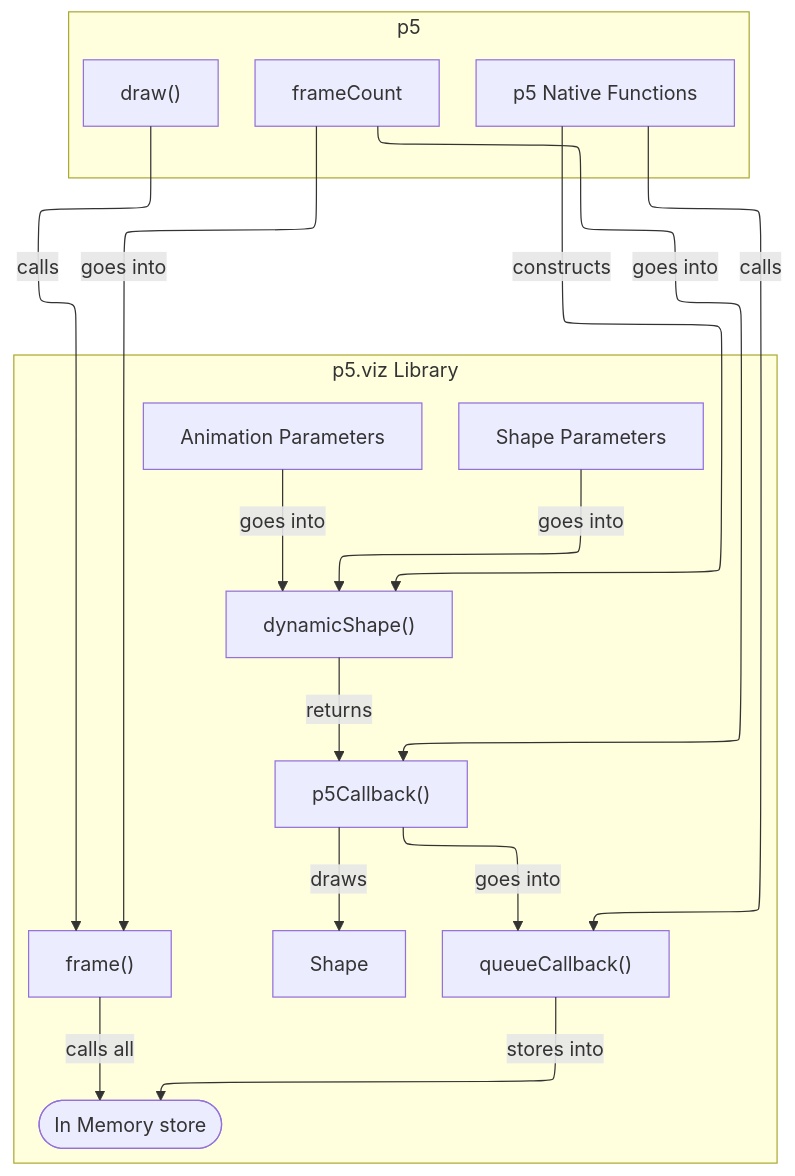
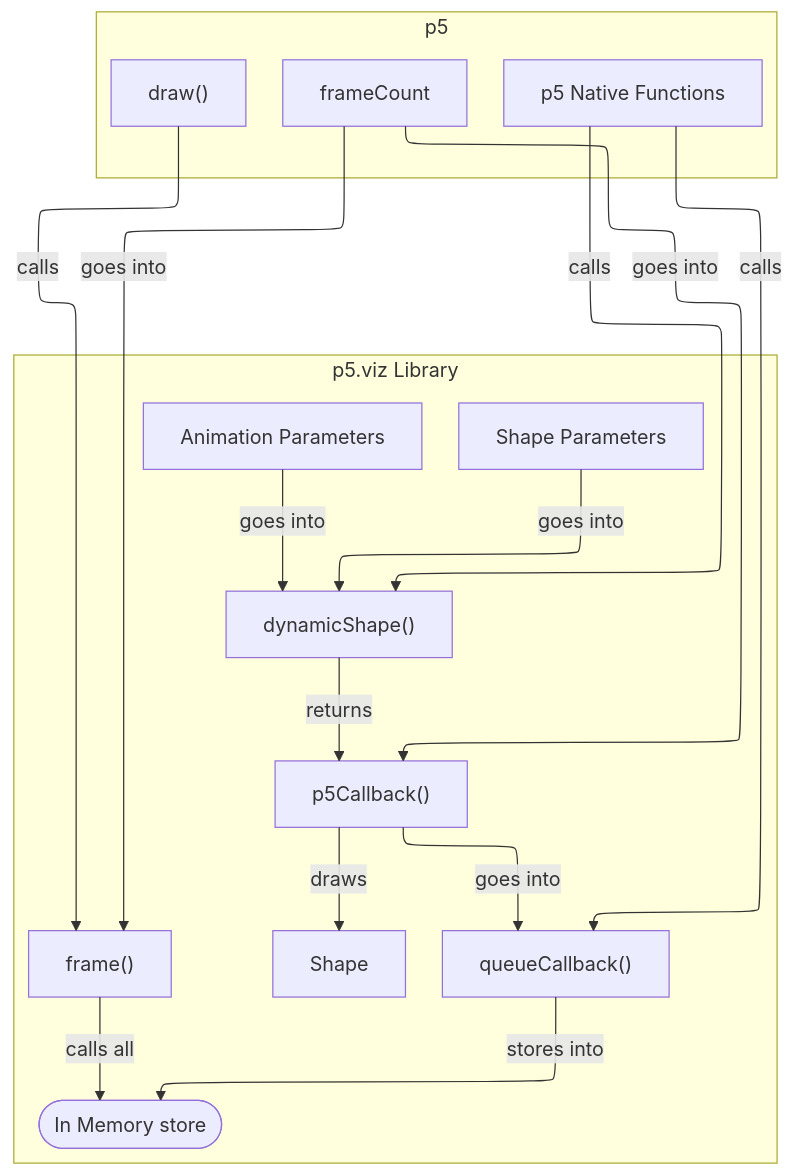
One commit to SuvabrataChowdhury/p5.viz changed the second of 2 diagrams in README.md. Above: the diagram before and after it, drawn with Mermaid. The commit also changed other lines of this file and 1 other file, not shown here.

````diff
--- a/README.md
+++ b/README.md
@@ -81,34 +81,34 @@
 ```mermaid
 ---
 config:
   layout: elk
 ---
 flowchart TB
     subgraph p5["p5"]
         direction LR
         p5NativeFn["p5 Native Functions"]
         draw["draw()"]
         frameCount["frameCount"]
     end
     subgraph s1["p5.viz Library"]
         shapeParams["Shape Parameters"]
         animationParams["Animation Parameters"]
         dynamicShape["dynamicShape()"]
         p5Callback["p5Callback()"]
         shape["Shape"]
         queueCallback["queueCallback()"]
         p5Callbacks(["In Memory store"])
         frame["frame()"]
     end
     shapeParams -- goes into --> dynamicShape
     animationParams -- goes into --> dynamicShape
     dynamicShape -- returns --> p5Callback
     frameCount -- goes into --> p5Callback & frame
     p5Callback -- draws --> shape
     p5Callback -- goes into --> queueCallback
     queueCallback -- stores into --> p5Callbacks
     draw -- calls --> frame
     frame -- calls all --> p5Callbacks
-    p5NativeFn -- constructs --> dynamicShape
+    p5NativeFn -- calls --> dynamicShape
     p5NativeFn -- calls --> queueCallback
 ```
````
